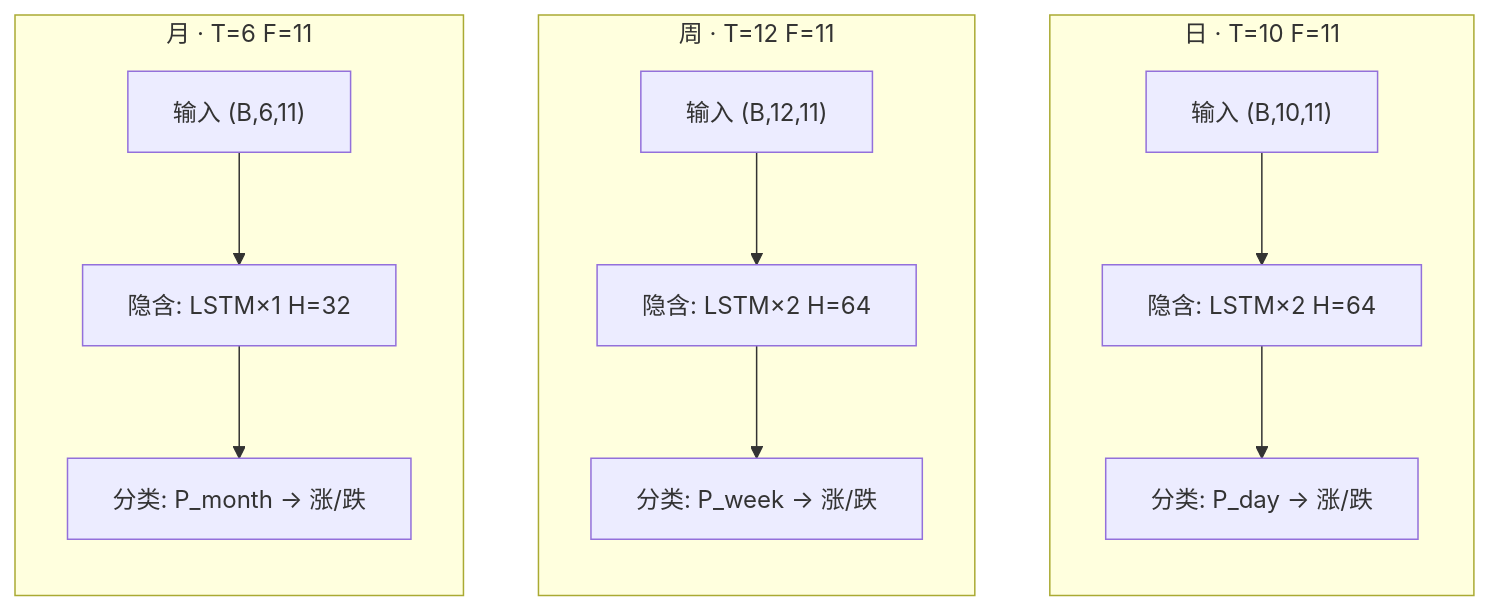
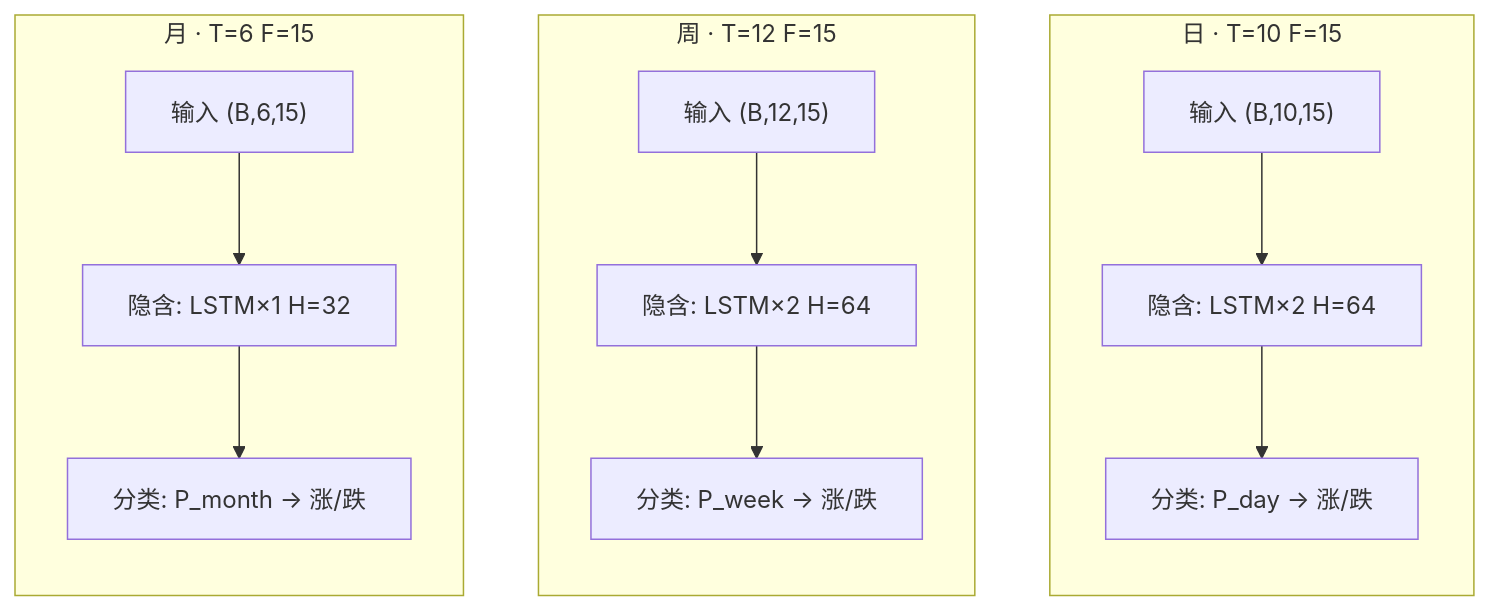
The tenth of 11 diagrams in docs/model-architecture.md (fanqingsong/stock_predictive), drawn with Mermaid before and after one commit. The commit also changed other lines of this file and 7 other files, not shown here.

First line of the commit message:
Add market-benchmark relative features and bump feature schema to v6-scale.

````diff
--- a/docs/model-architecture.md
+++ b/docs/model-architecture.md
@@ -465,17 +465,17 @@
 ```mermaid
 flowchart TB
-  subgraph dayBlock [日 · T=10 F=11]
+  subgraph dayBlock [日 · T=10 F=15]
     direction TB
-    DI["输入 (B,10,11)"] --> DN["隐含: LSTM×2 H=64"] --> DO["分类: P_day → 涨/跌"]
+    DI["输入 (B,10,15)"] --> DN["隐含: LSTM×2 H=64"] --> DO["分类: P_day → 涨/跌"]
   end
 
-  subgraph weekBlock [周 · T=12 F=11]
+  subgraph weekBlock [周 · T=12 F=15]
     direction TB
-    WI["输入 (B,12,11)"] --> WN["隐含: LSTM×2 H=64"] --> WO["分类: P_week → 涨/跌"]
+    WI["输入 (B,12,15)"] --> WN["隐含: LSTM×2 H=64"] --> WO["分类: P_week → 涨/跌"]
   end
 
-  subgraph monthBlock [月 · T=6 F=11]
+  subgraph monthBlock [月 · T=6 F=15]
     direction TB
-    MI["输入 (B,6,11)"] --> MN["隐含: LSTM×1 H=32"] --> MO["分类: P_month → 涨/跌"]
+    MI["输入 (B,6,15)"] --> MN["隐含: LSTM×1 H=32"] --> MO["分类: P_month → 涨/跌"]
   end
 ```
````
